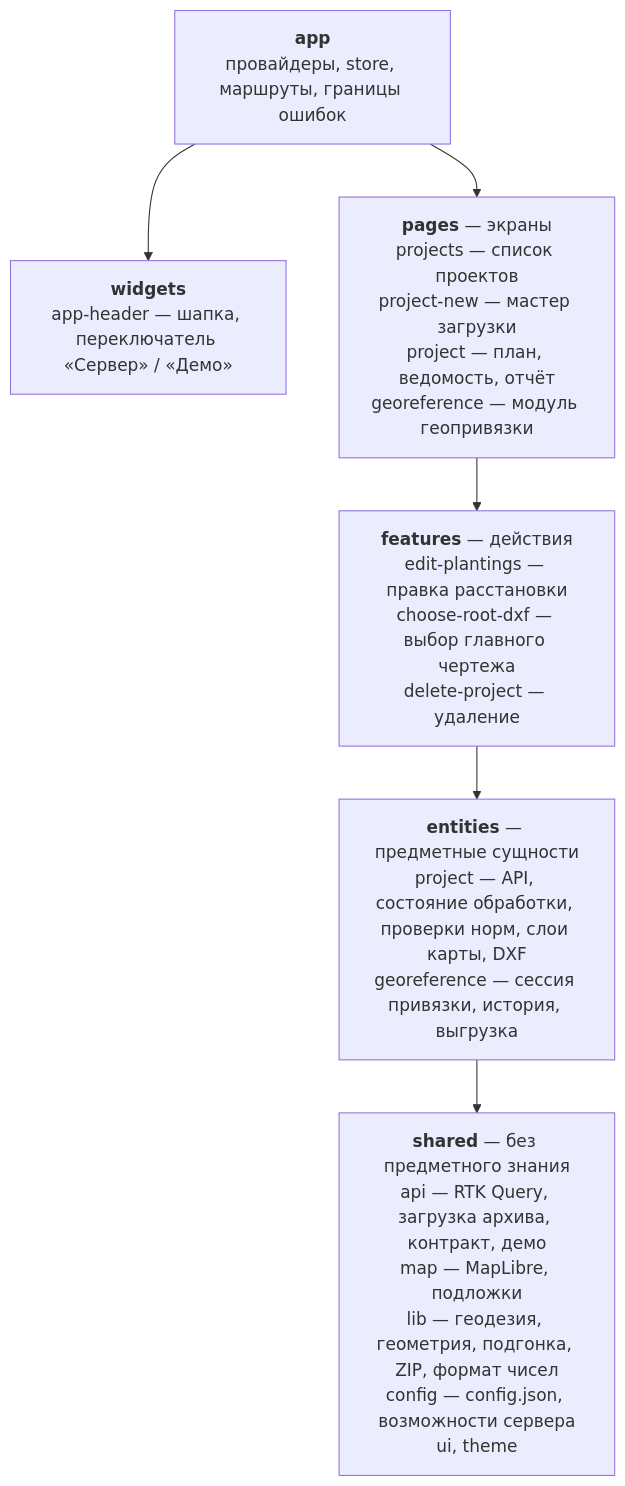
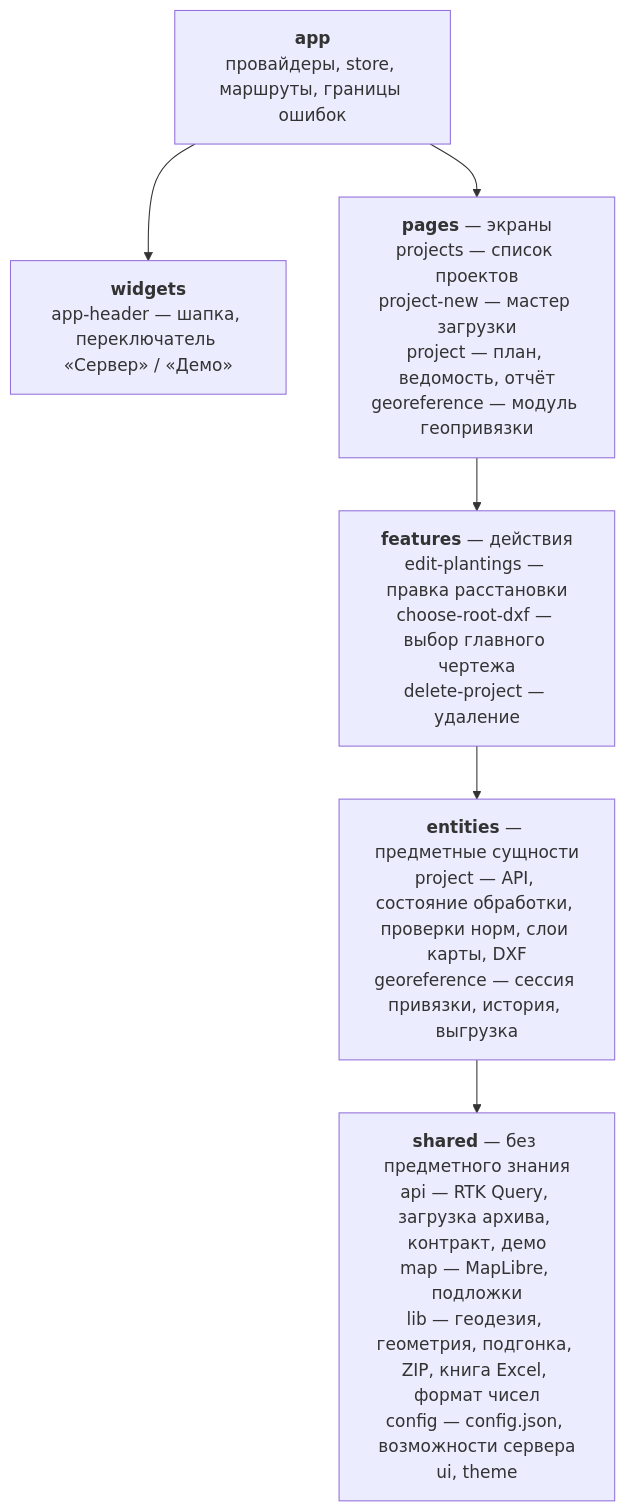
The first of 3 diagrams in docs/architecture.md (greenleadersteam/frontend), drawn with Mermaid before and after one commit. The commit also changed other lines of this file and 10 other files, not shown here.

````diff
--- a/docs/architecture.md
+++ b/docs/architecture.md
@@ -7,14 +7,14 @@
 ```mermaid
 flowchart TB
   app["<b>app</b><br/>провайдеры, store, маршруты, границы ошибок"]
   widgets["<b>widgets</b><br/>app-header — шапка, переключатель «Сервер» / «Демо»"]
   pages["<b>pages</b> — экраны<br/>projects — список проектов<br/>project-new — мастер загрузки<br/>project — план, ведомость, отчёт<br/>georeference — модуль геопривязки"]
   features["<b>features</b> — действия<br/>edit-plantings — правка расстановки<br/>choose-root-dxf — выбор главного чертежа<br/>delete-project — удаление"]
   entities["<b>entities</b> — предметные сущности<br/>project — API, состояние обработки, проверки норм, слои карты, DXF<br/>georeference — сессия привязки, история, выгрузка"]
-  shared["<b>shared</b> — без предметного знания<br/>api — RTK Query, загрузка архива, контракт, демо<br/>map — MapLibre, подложки<br/>lib — геодезия, геометрия, подгонка, ZIP, формат чисел<br/>config — config.json, возможности сервера<br/>ui, theme"]
+  shared["<b>shared</b> — без предметного знания<br/>api — RTK Query, загрузка архива, контракт, демо<br/>map — MapLibre, подложки<br/>lib — геодезия, геометрия, подгонка, ZIP, книга Excel, формат чисел<br/>config — config.json, возможности сервера<br/>ui, theme"]
   app --> widgets
   app --> pages
   pages --> features
   features --> entities
   entities --> shared
 ```
````
